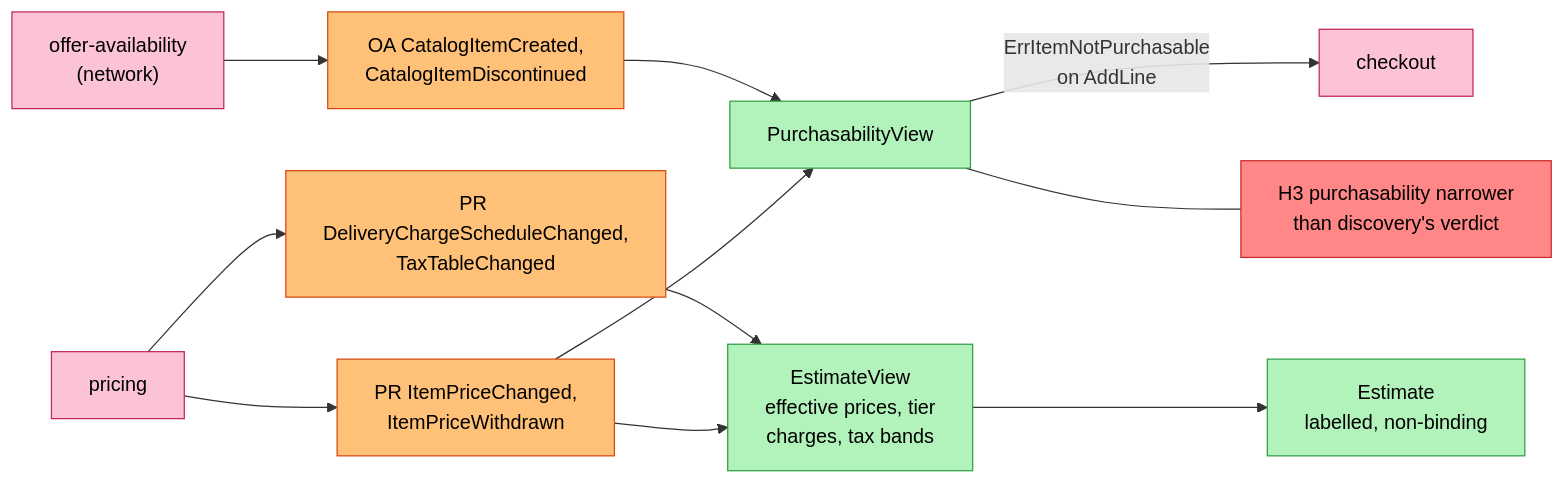
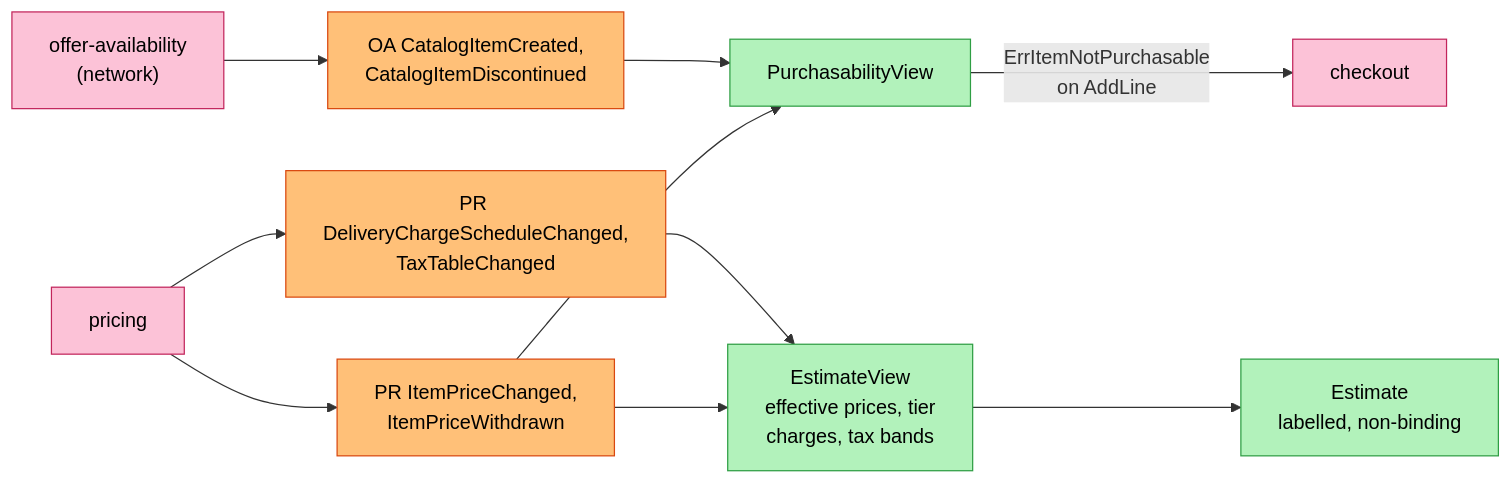
One commit to IQVO/warehouse-docs changed the third of 4 diagrams in storefront/docs/contexts/shopping-cart/eventstorming.md. Above: the diagram before and after it, drawn with Mermaid. The commit also changed other lines of this file and 16 other files, not shown here.

````diff
--- a/storefront/docs/contexts/shopping-cart/eventstorming.md
+++ b/storefront/docs/contexts/shopping-cart/eventstorming.md
@@ -140,29 +144,26 @@
 ```mermaid
 flowchart LR
     PR["pricing"]:::external
     OA["offer-availability<br/>(network)"]:::external
     E3["PR ItemPriceChanged,<br/>ItemPriceWithdrawn"]:::event
     E4["PR DeliveryChargeScheduleChanged,<br/>TaxTableChanged"]:::event
     E5["OA CatalogItemCreated,<br/>CatalogItemDiscontinued"]:::event
     RM0["PurchasabilityView"]:::readmodel
     RM2["EstimateView<br/>effective prices, tier<br/>charges, tax bands"]:::readmodel
     RM3["Estimate<br/>labelled, non-binding"]:::readmodel
     CK["checkout"]:::external
-    H3["H3 purchasability narrower<br/>than discovery's verdict"]:::hotspot
 
     PR --> E3
     PR --> E4
     OA --> E5
     E3 --> RM0
     E5 --> RM0
     E3 --> RM2
     E4 --> RM2
     RM2 --> RM3
     RM0 -->|ErrItemNotPurchasable<br/>on AddLine| CK
-    RM0 --- H3
 
     classDef event fill:#ffc078,stroke:#d9480f,color:#000
     classDef readmodel fill:#b2f2bb,stroke:#2f9e44,color:#000
     classDef external fill:#fcc2d7,stroke:#c2255c,color:#000
-    classDef hotspot fill:#ff8787,stroke:#c92a2a,color:#000
 ```
````
